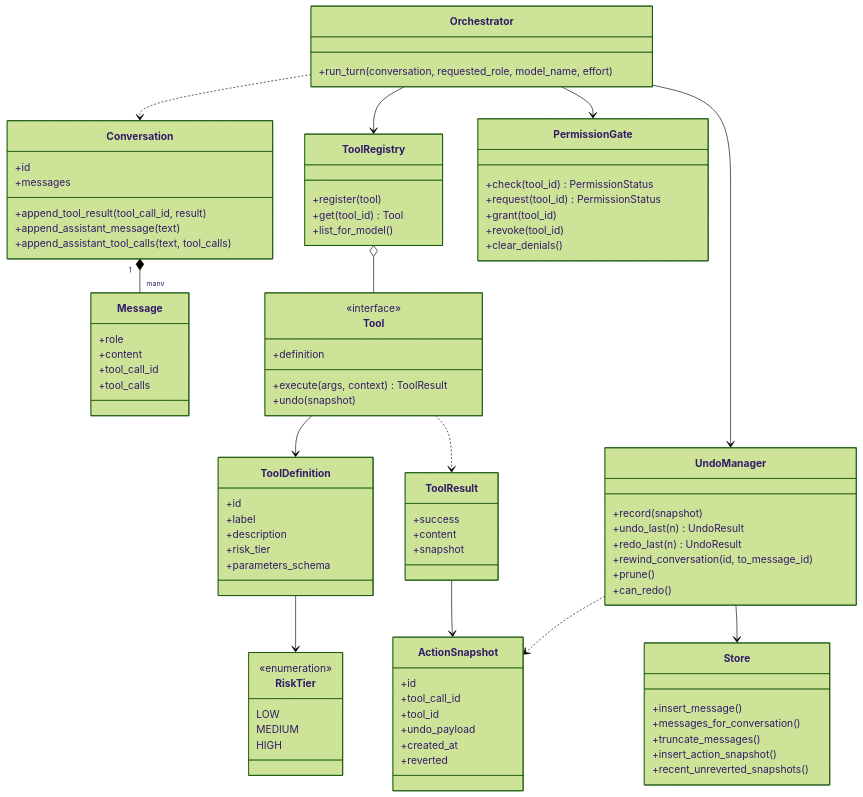
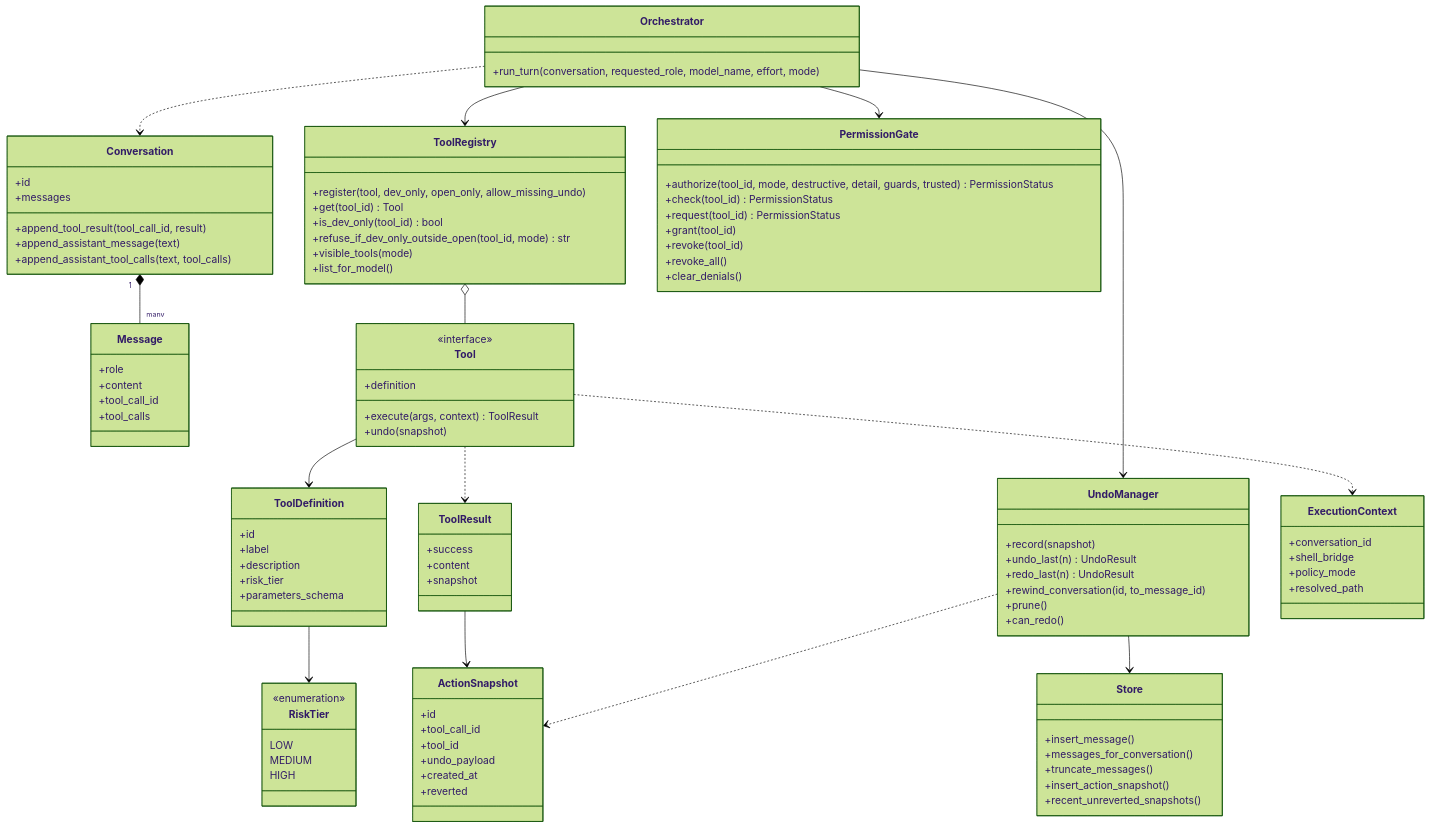
One commit to N041M/Addison changed the first of 5 diagrams in docs/classes.md. Above: the diagram before and after it, drawn with Mermaid (forest theme). The commit also changed other lines of this file and 17 other files, not shown here.

````diff
--- a/docs/classes.md
+++ b/docs/classes.md
@@ -25,7 +25,7 @@
 ```mermaid
 classDiagram
     class Orchestrator {
-        +run_turn(conversation, requested_role, model_name, effort)
+        +run_turn(conversation, requested_role, model_name, effort, mode)
     }
     class Conversation {
         +id
@@ -60,15 +60,20 @@
         HIGH
     }
     class ToolRegistry {
-        +register(tool)
+        +register(tool, dev_only, open_only, allow_missing_undo)
         +get(tool_id) Tool
+        +is_dev_only(tool_id) bool
+        +refuse_if_dev_only_outside_open(tool_id, mode) str
+        +visible_tools(mode)
         +list_for_model()
     }
     class PermissionGate {
+        +authorize(tool_id, mode, destructive, detail, guards, trusted) PermissionStatus
         +check(tool_id) PermissionStatus
         +request(tool_id) PermissionStatus
         +grant(tool_id)
         +revoke(tool_id)
+        +revoke_all()
         +clear_denials()
     }
     class UndoManager {
@@ -92,6 +97,12 @@
         +content
         +snapshot
     }
+    class ExecutionContext {
+        +conversation_id
+        +shell_bridge
+        +policy_mode
+        +resolved_path
+    }
     class Store {
         +insert_message()
         +messages_for_conversation()
@@ -109,6 +120,7 @@
     Tool --> ToolDefinition
     ToolDefinition --> RiskTier
     Tool ..> ToolResult
+    Tool ..> ExecutionContext
     ToolResult --> ActionSnapshot
     UndoManager --> Store
     UndoManager ..> ActionSnapshot
````
